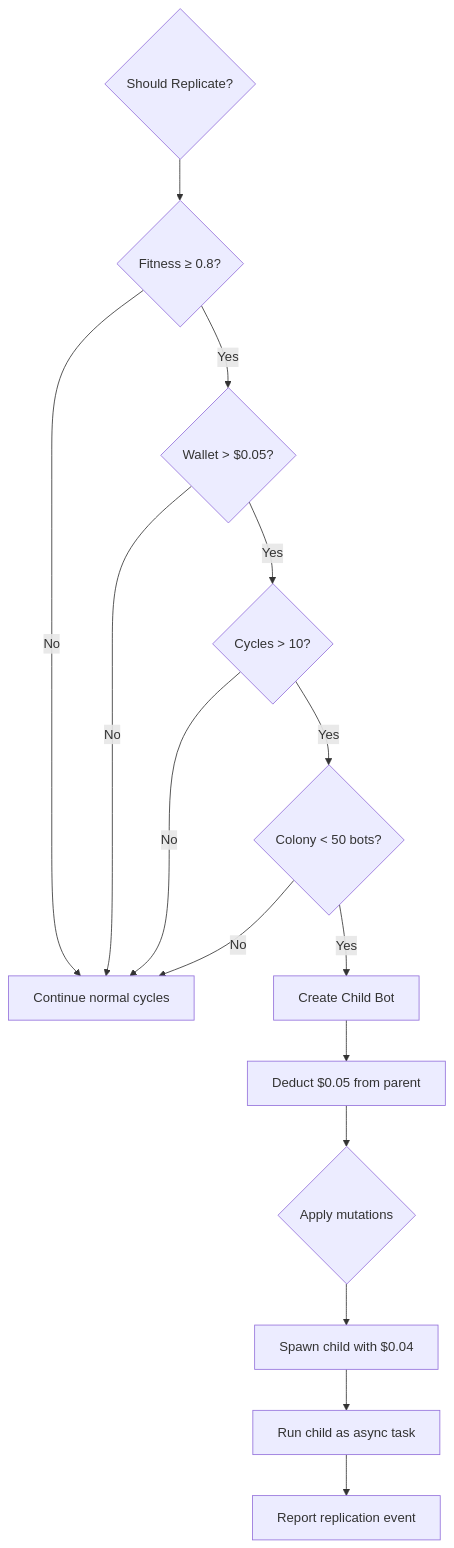
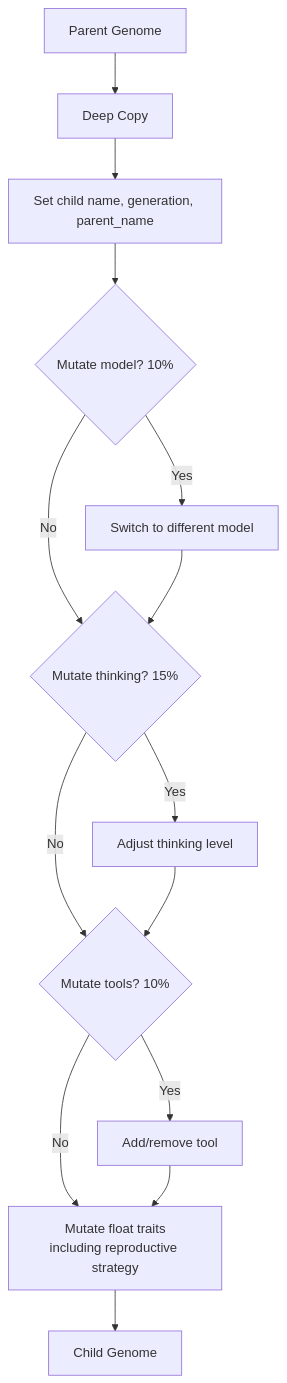
One commit to John-Cusack/MoltNet changed the ninth of 11 diagrams in docs/ARCHITECTURE.md. Above: the diagram before and after it, drawn with Mermaid. The commit also changed other lines of this file and 75 other files, not shown here.

````diff
--- a/docs/ARCHITECTURE.md
+++ b/docs/ARCHITECTURE.md
@@ -127,20 +501,20 @@
 ```mermaid
 flowchart TD
-    CHECK{Should Replicate?}
+    PARENT[Parent Genome] --> COPY[Deep Copy]
+    COPY --> ID[Set child name, generation, parent_name]
 
-    CHECK --> FIT{Fitness ≥ 0.8?}
-    FIT -->|No| WAIT[Continue normal cycles]
-    FIT -->|Yes| WALLET{Wallet > $0.05?}
-    WALLET -->|No| WAIT
-    WALLET -->|Yes| MATURE{Cycles > 10?}
-    MATURE -->|No| WAIT
-    MATURE -->|Yes| COLONY{Colony < 50 bots?}
-    COLONY -->|No| WAIT
-    COLONY -->|Yes| REPLICATE[Create Child Bot]
+    ID --> MODEL{Mutate model? 10%}
+    MODEL -->|Yes| NEW_MODEL[Switch to different model]
+    MODEL -->|No| THINK
 
-    REPLICATE --> COST[Deduct $0.05 from parent]
-    COST --> MUTATE{Apply mutations}
-    MUTATE --> SPAWN[Spawn child with $0.04]
-    SPAWN --> TASK[Run child as async task]
-    TASK --> EVENT[Report replication event]
+    NEW_MODEL --> THINK{Mutate thinking? 15%}
+    THINK -->|Yes| NEW_THINK[Adjust thinking level]
+    THINK -->|No| TOOLS
+
+    NEW_THINK --> TOOLS{Mutate tools? 10%}
+    TOOLS -->|Yes| NEW_TOOLS[Add/remove tool]
+    TOOLS -->|No| FLOATS
+
+    NEW_TOOLS --> FLOATS[Mutate float traits<br/>including reproductive strategy]
+    FLOATS --> CHILD[Child Genome]
 ```
````
